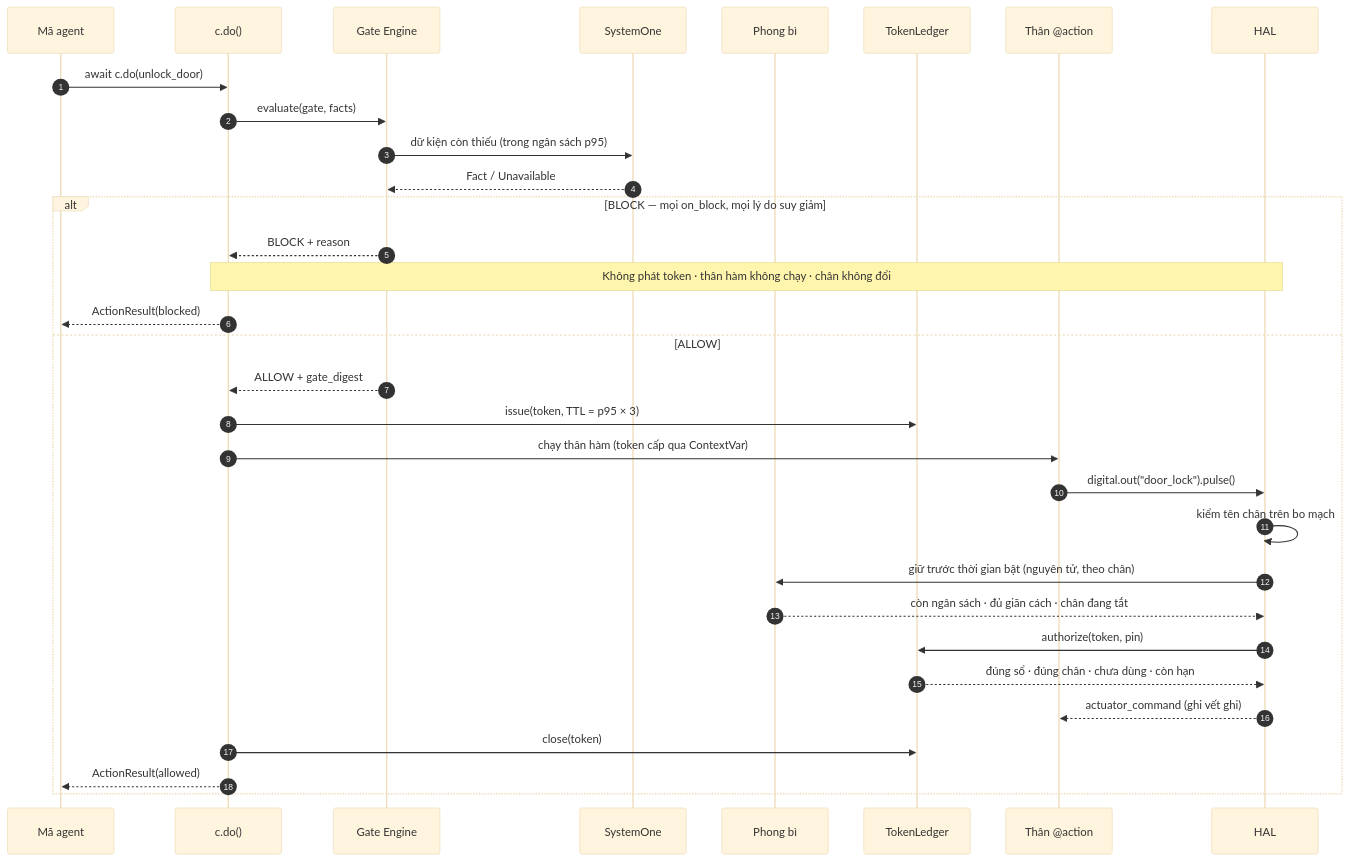
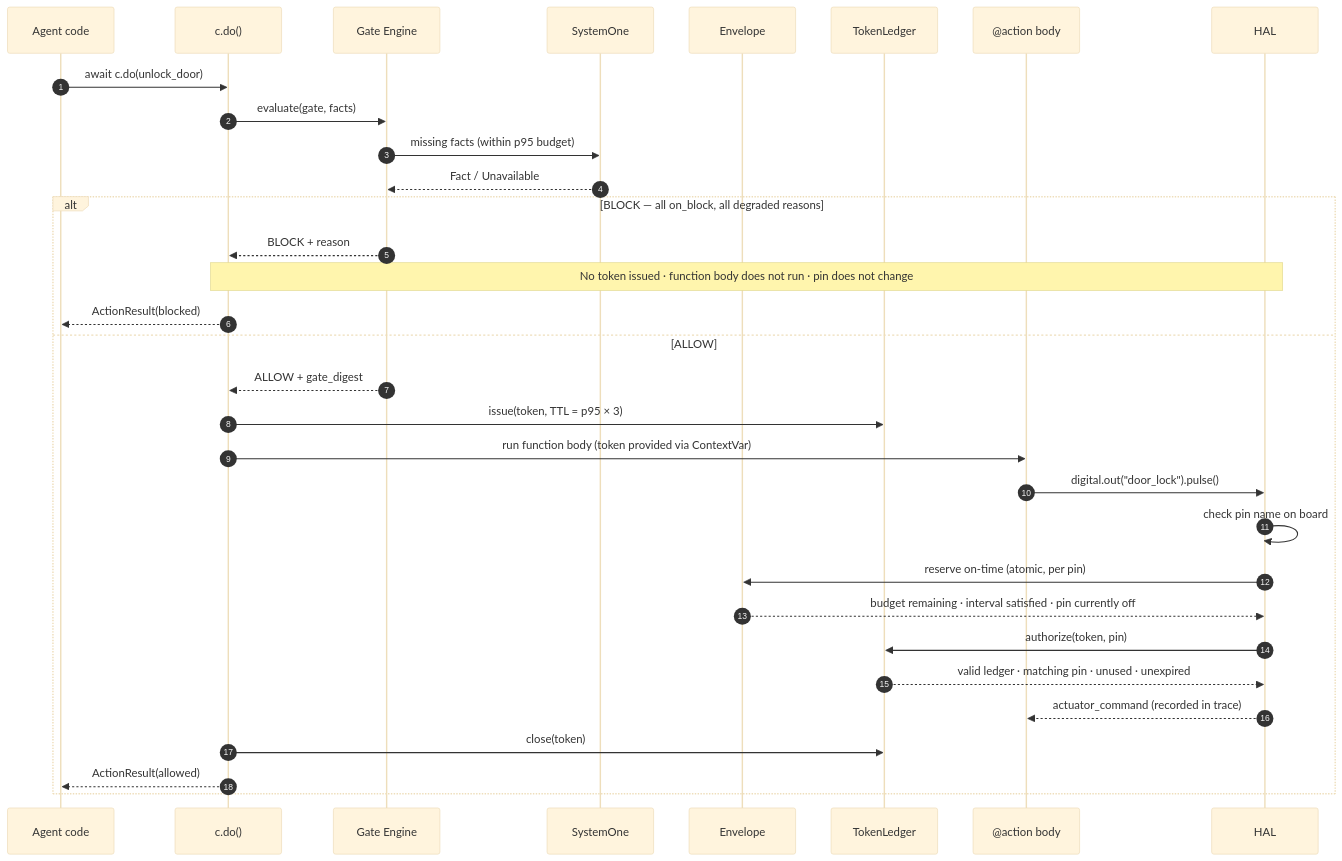
The diagram in docs/spec/threat_model.md (letrongminh/neuroedge-init), drawn with Mermaid (base theme) before and after one commit. The commit also changed other lines of this file and 20 other files, not shown here.

Commit message:
docs in English: roadmap, CHANGELOG, CONTRIBUTING, CLAUDE.md, README, release, architecture 06-16, remaining spec; PRD sections 1-8

````diff
--- a/docs/spec/threat_model.md
+++ b/docs/spec/threat_model.md
@@ -11,35 +8,35 @@
 ```mermaid
 sequenceDiagram
     autonumber
-    participant A as Mã agent
+    participant A as Agent code
     participant C as c.do()
     participant E as Gate Engine
     participant S as SystemOne
-    participant V as Phong bì
+    participant V as Envelope
     participant L as TokenLedger
-    participant B as Thân @action
+    participant B as @action body
     participant H as HAL
 
     A->>C: await c.do(unlock_door)
     C->>E: evaluate(gate, facts)
-    E->>S: dữ kiện còn thiếu (trong ngân sách p95)
+    E->>S: missing facts (within p95 budget)
     S-->>E: Fact / Unavailable
-    alt BLOCK — mọi on_block, mọi lý do suy giảm
+    alt BLOCK — all on_block, all degraded reasons
         E-->>C: BLOCK + reason
-        Note over C,H: Không phát token · thân hàm không chạy · chân không đổi
+        Note over C,H: No token issued · function body does not run · pin does not change
         C-->>A: ActionResult(blocked)
     else ALLOW
         E-->>C: ALLOW + gate_digest
         C->>L: issue(token, TTL = p95 × 3)
-        C->>B: chạy thân hàm (token cấp qua ContextVar)
+        C->>B: run function body (token provided via ContextVar)
         B->>H: digital.out("door_lock").pulse()
-        H->>H: kiểm tên chân trên bo mạch
-        H->>V: giữ trước thời gian bật (nguyên tử, theo chân)
-        V-->>H: còn ngân sách · đủ giãn cách · chân đang tắt
+        H->>H: check pin name on board
+        H->>V: reserve on-time (atomic, per pin)
+        V-->>H: budget remaining · interval satisfied · pin currently off
         H->>L: authorize(token, pin)
-        L-->>H: đúng sổ · đúng chân · chưa dùng · còn hạn
-        H-->>B: actuator_command (ghi vết ghi)
+        L-->>H: valid ledger · matching pin · unused · unexpired
+        H-->>B: actuator_command (recorded in trace)
         C->>L: close(token)
         C-->>A: ActionResult(allowed)
     end
 ```
````
